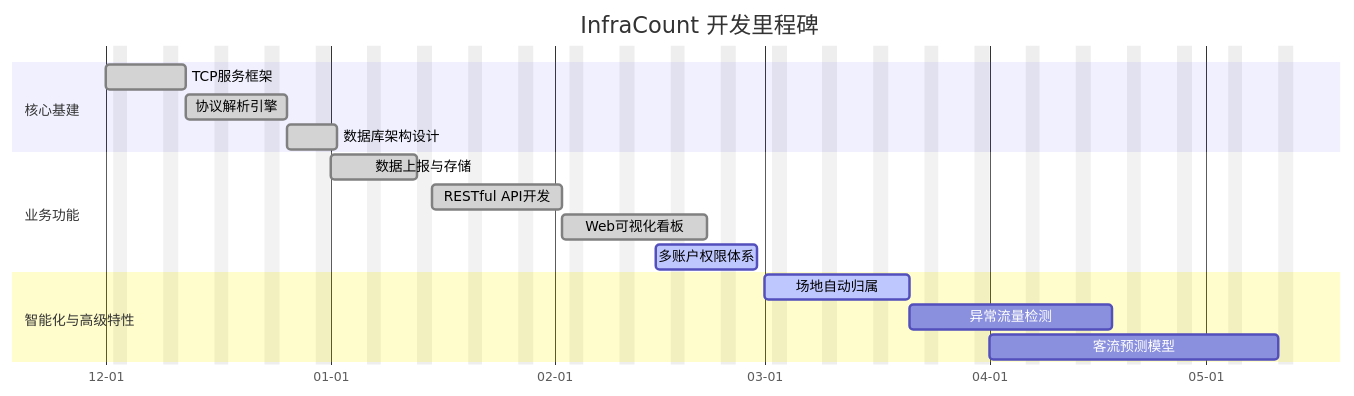
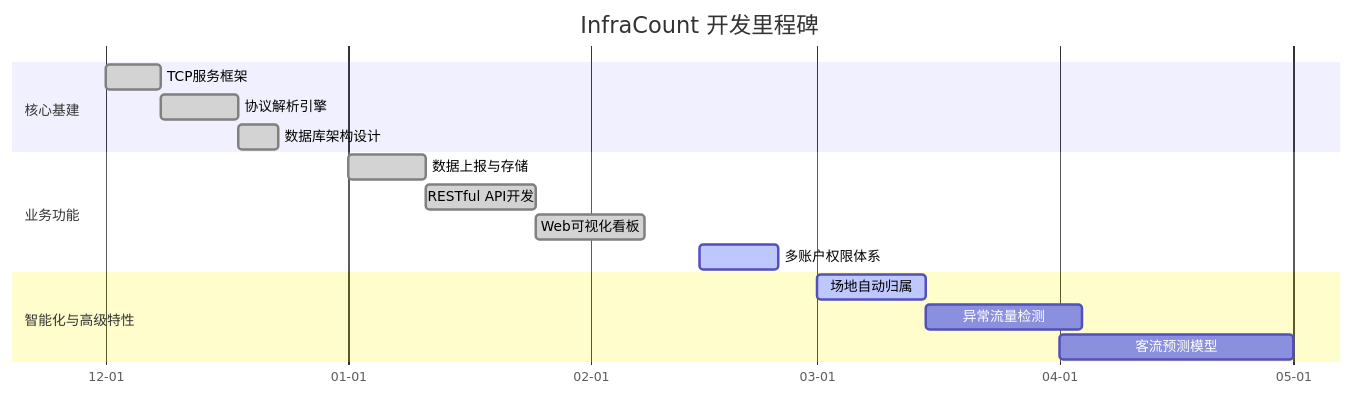
One commit to HF-CYGG/InfraCount changed the first of 3 diagrams in README.md. Above: the diagram before and after it, drawn with Mermaid.

Commit message:
docs: 从README中移除周末排除标记
移除甘特图中的`excludes weekends`标记，因为实际开发中并不需要排除周末

````diff
--- a/README.md
+++ b/README.md
@@ -82,23 +82,22 @@
 ```mermaid
 gantt
     title InfraCount 开发里程碑
     dateFormat  YYYY-MM-DD
     axisFormat  %m-%d
-    excludes    weekends
 
     section 核心基建
     TCP服务框架       :done,    core1, 2023-12-01, 7d
     协议解析引擎       :done,    core2, after core1, 10d
     数据库架构设计     :done,    core3, after core2, 5d
 
     section 业务功能
     数据上报与存储     :done,    biz1,  2024-01-01, 10d
     RESTful API开发   :done,    biz2,  after biz1, 14d
     Web可视化看板      :done,    biz3,  after biz2, 14d
     多账户权限体系     :active,  biz4,  2024-02-15, 10d
 
     section 智能化与高级特性
     场地自动归属       :active,  ai1,   2024-03-01, 14d
     异常流量检测       :         ai2,   after ai1, 20d
     客流预测模型       :         ai3,   2024-04-01, 30d
 ```
````
